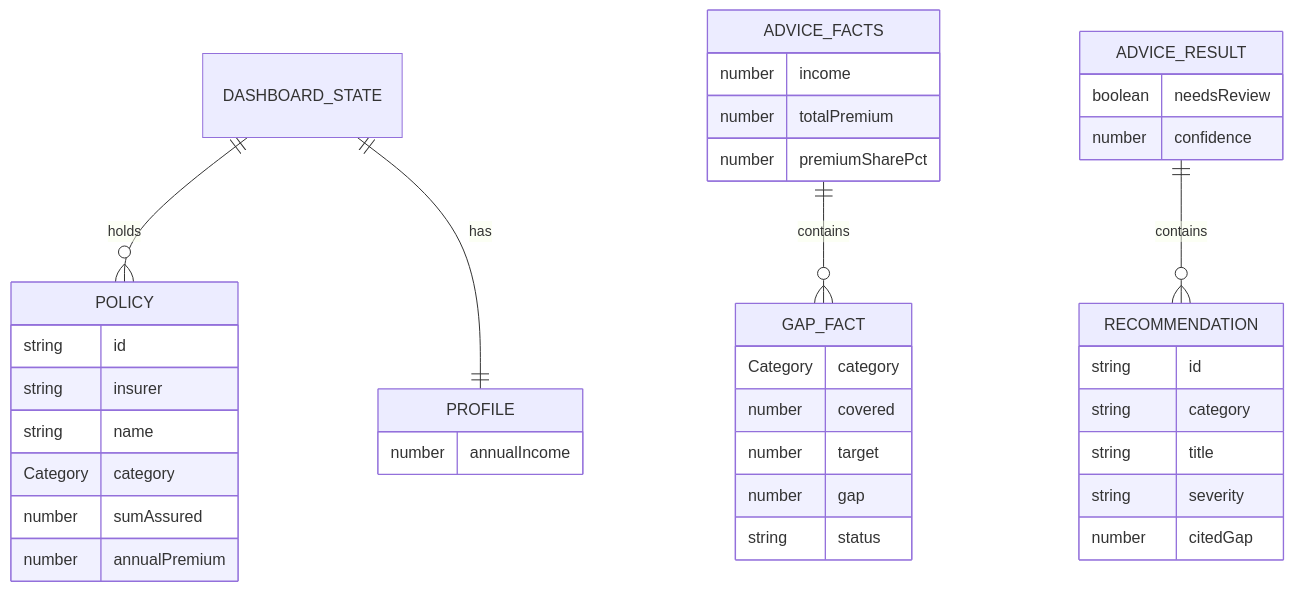
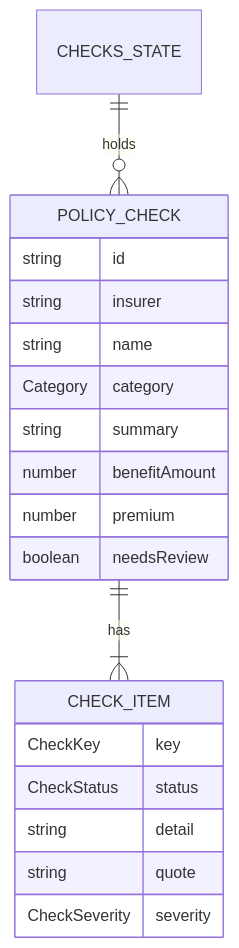
Before and after one commit to elleskay/insurance-dashboard: the fifth of 6 diagrams in README.md, drawn with Mermaid. The commit also changed other lines of this file and 28 other files, not shown here.

````diff
--- a/README.md
+++ b/README.md
@@ -114,41 +105,22 @@
 ```mermaid
 erDiagram
-    DASHBOARD_STATE ||--o{ POLICY : holds
-    DASHBOARD_STATE ||--|| PROFILE : has
-    ADVICE_FACTS ||--o{ GAP_FACT : contains
-    ADVICE_RESULT ||--o{ RECOMMENDATION : contains
-    POLICY {
+    CHECKS_STATE ||--o{ POLICY_CHECK : holds
+    POLICY_CHECK ||--|{ CHECK_ITEM : has
+    POLICY_CHECK {
         string id
         string insurer
         string name
         Category category
-        number sumAssured
-        number annualPremium
+        string summary
+        number benefitAmount
+        number premium
+        boolean needsReview
     }
-    PROFILE {
-        number annualIncome
-    }
-    ADVICE_FACTS {
-        number income
-        number totalPremium
-        number premiumSharePct
-    }
-    GAP_FACT {
-        Category category
-        number covered
-        number target
-        number gap
-        string status
-    }
-    ADVICE_RESULT {
-        boolean needsReview
-        number confidence
-    }
-    RECOMMENDATION {
-        string id
-        string category
-        string title
-        string severity
-        number citedGap
+    CHECK_ITEM {
+        CheckKey key
+        CheckStatus status
+        string detail
+        string quote
+        CheckSeverity severity
     }
 ```
````
